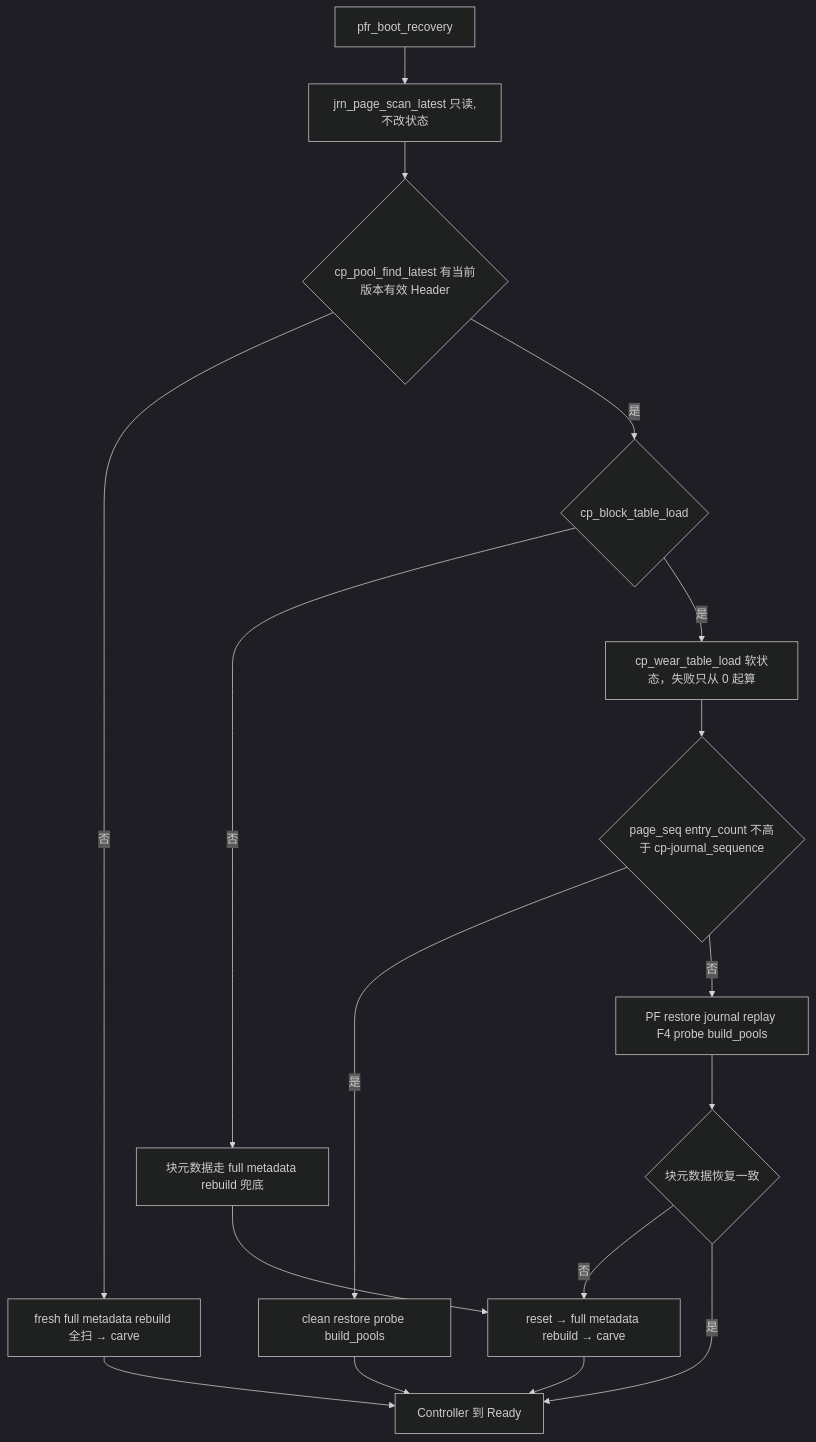
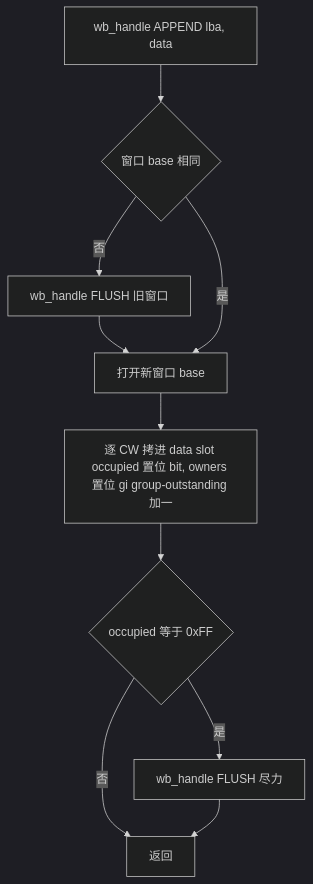
One commit to YzYMIAO/BASESSD changed diagram 18 of 50 in docs/design/ftl_design.md. Above: the diagram before and after it, drawn with Mermaid (dark theme). The commit also changed other lines of this file and 42 other files, not shown here.

````diff
--- a/docs/design/ftl_design.md
+++ b/docs/design/ftl_design.md
@@ -1130,19 +1767,12 @@
 ```mermaid
 flowchart TD
- BOOT["pfr_boot_recovery"] --> LATEST["jrn_page_scan_latest 只读,不改状态"]
- LATEST --> FIND{"cp_pool_find_latest 有当前版本有效 Header"}
- FIND -- "否" --> FRESH["fresh full metadata rebuild 全扫 → carve"]
- FIND -- "是" --> LOAD{"cp_block_table_load"}
- LOAD -- "否" --> PFALL["块元数据走 full metadata rebuild 兜底"]
- LOAD -- "是" --> WEAR["cp_wear_table_load 软状态，失败只从 0 起算"]
- WEAR --> JUDGE{"page_seq entry_count 不高于 cp-journal_sequence"}
- JUDGE -- "是" --> CLEAN["clean restore probe build_pools"]
- JUDGE -- "否" --> PF["PF restore journal replay F4 probe build_pools"]
- PFALL --> FULL_SCAN["reset → full metadata rebuild → carve"]
- PF --> PFOk{"块元数据恢复一致"}
- PFOk -- "否" --> FULL_SCAN
- PFOk -- "是" --> READY["Controller 到 Ready"]
- CLEAN --> READY
- FRESH --> READY
- FULL_SCAN --> READY
+ A["wb_handle APPEND lba, data"] --> B{"窗口 base 相同"}
+ B -- "否" --> C["wb_handle FLUSH 旧窗口"]
+ C --> D["打开新窗口 base"]
+ B -- "是" --> D
+ D --> E["逐 CW 拷进 data slot occupied 置位 bit, owners 置位 gi group-outstanding 加一"]
+ E --> F{"occupied 等于 0xFF"}
+ F -- "是" --> G["wb_handle FLUSH 尽力"]
+ F -- "否" --> H["返回"]
+ G --> H
 ```
````
